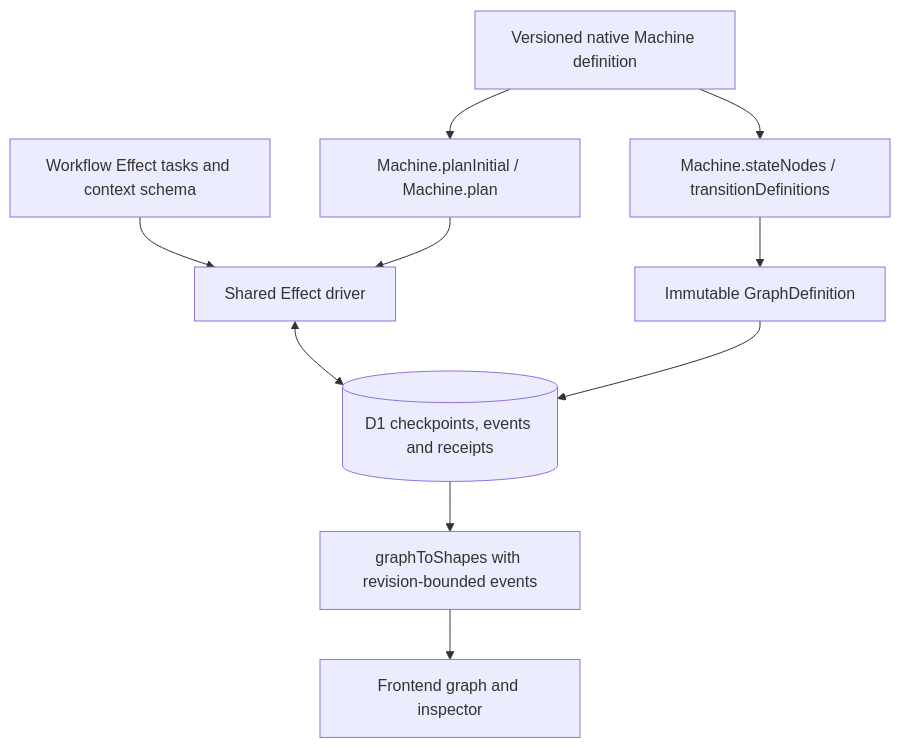
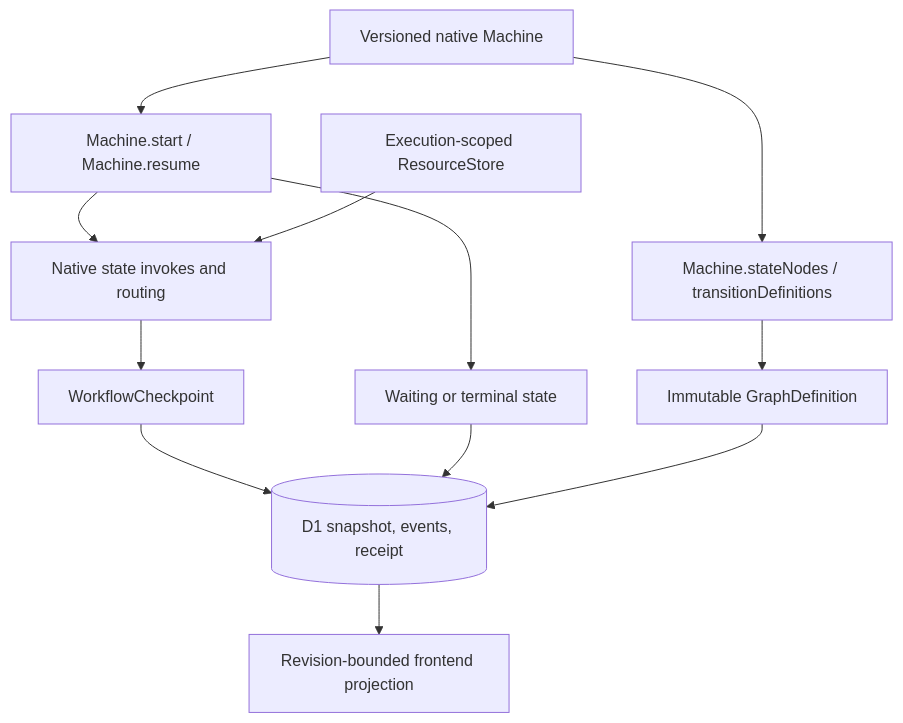
Before and after one commit to totto2727-org/flowdeck: the first of 2 diagrams in docs/workflow-graphs.md, drawn with Mermaid. The commit also changed other lines of this file and 31 other files, not shown here.

Commit message:
feat(workflow): execute workflows with native Machine start and resume

````diff
--- a/docs/workflow-graphs.md
+++ b/docs/workflow-graphs.md
@@ -45,12 +41,14 @@
 ```mermaid
 flowchart TB
-  Definition["Versioned native Machine definition"] --> Planner["Machine.planInitial / Machine.plan"]
-  Definition --> Topology["Machine.stateNodes / transitionDefinitions"]
-  Tasks["Workflow Effect tasks and context schema"] --> Driver["Shared Effect driver"]
-  Planner --> Driver
-  Driver <--> DB[("D1 checkpoints, events and receipts")]
-  Topology --> Graph["Immutable GraphDefinition"]
-  Graph --> DB
-  DB --> Projection["graphToShapes with revision-bounded events"]
-  Projection --> UI["Frontend graph and inspector"]
+  Definition[Versioned native Machine] --> Runtime[Machine.start / Machine.resume]
+  Definition --> Introspection[Machine.stateNodes / transitionDefinitions]
+  Runtime --> Invoke[Native state invokes and routing]
+  Invoke --> Checkpoint[WorkflowCheckpoint]
+  Checkpoint --> D1[(D1 snapshot, events, receipt)]
+  Runtime --> Boundary[Waiting or terminal state]
+  Boundary --> D1
+  Introspection --> Graph[Immutable GraphDefinition]
+  Graph --> D1
+  D1 --> Display[Revision-bounded frontend projection]
+  ResourceStore[Execution-scoped ResourceStore] --> Invoke
 ```
````
